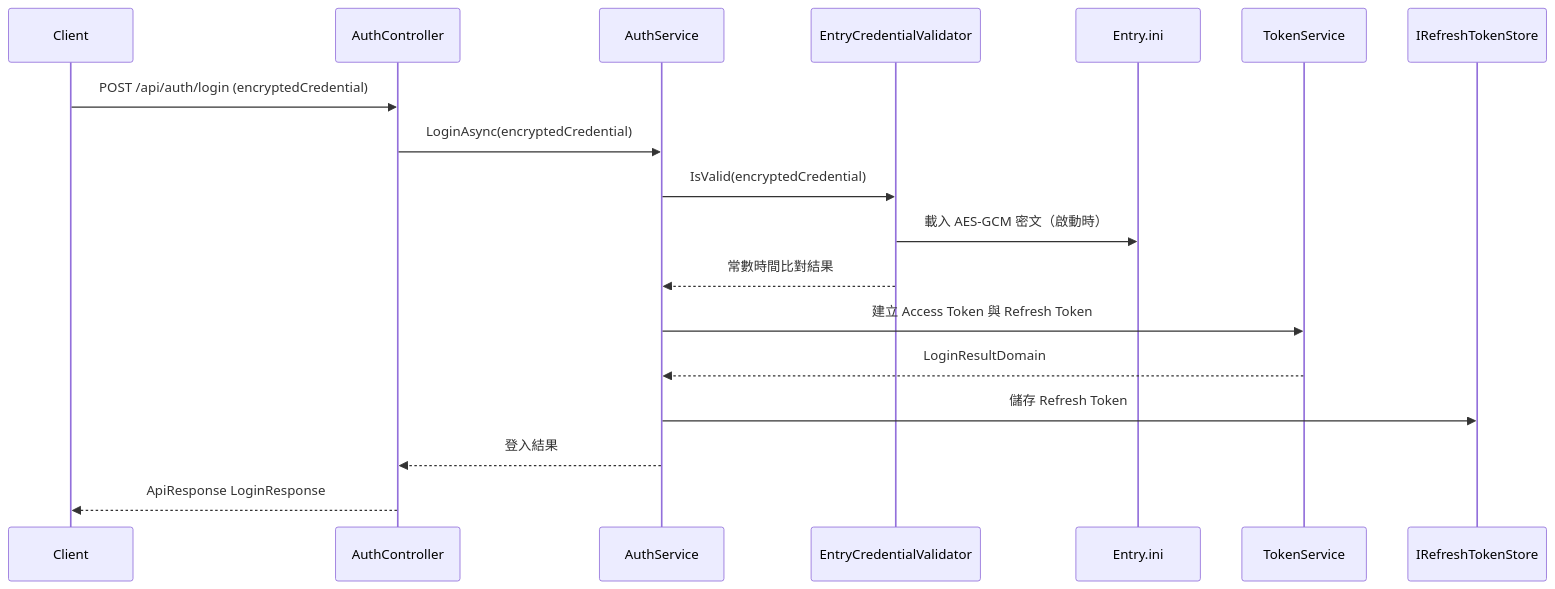
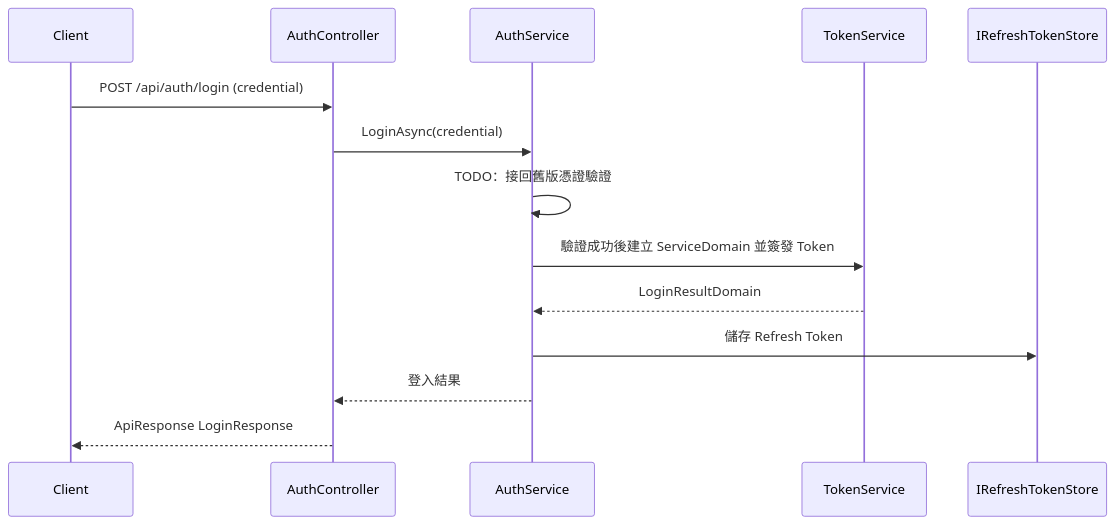
One commit to rexmax1018/B2B_API changed diagram 12 of 20 in README.md. Above: the diagram before and after it, drawn with Mermaid. The commit also changed other lines of this file, not shown here.

````diff
--- a/README.md
+++ b/README.md
@@ -442,21 +442,17 @@
 ```mermaid
 sequenceDiagram
     participant Client as Client
     participant Controller as AuthController
     participant Auth as AuthService
-    participant Credential as EntryCredentialValidator
-    participant Entry as Entry.ini
     participant Token as TokenService
     participant Store as IRefreshTokenStore
 
-    Client->>Controller: POST /api/auth/login (encryptedCredential)
-    Controller->>Auth: LoginAsync(encryptedCredential)
-    Auth->>Credential: IsValid(encryptedCredential)
-    Credential->>Entry: 載入 AES-GCM 密文（啟動時）
-    Credential-->>Auth: 常數時間比對結果
-    Auth->>Token: 建立 Access Token 與 Refresh Token
+    Client->>Controller: POST /api/auth/login (credential)
+    Controller->>Auth: LoginAsync(credential)
+    Auth->>Auth: TODO：接回舊版憑證驗證
+    Auth->>Token: 驗證成功後建立 ServiceDomain 並簽發 Token
     Token-->>Auth: LoginResultDomain
     Auth->>Store: 儲存 Refresh Token
     Auth-->>Controller: 登入結果
     Controller-->>Client: ApiResponse LoginResponse
 ```
````
